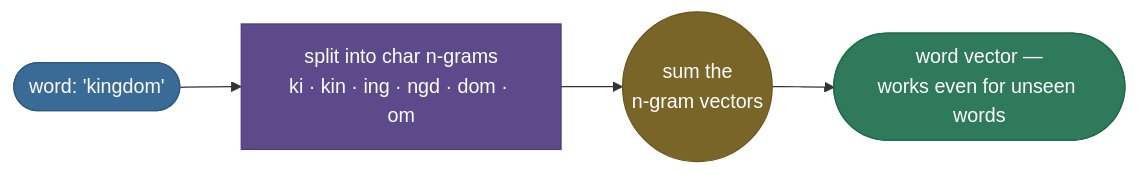
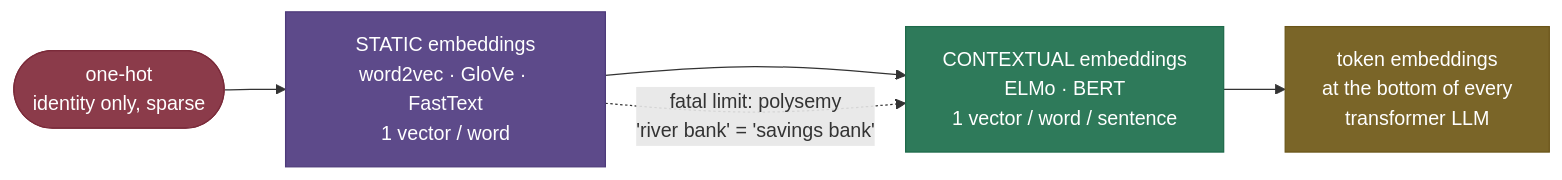
One commit to sudhir13s/AI-ML-learning-resources changed the second of 2 diagrams in 06. NLP/concepts/05-Word-Embeddings-Word2Vec-GloVe-FastText.md. Above: the diagram before and after it, drawn with Mermaid. The commit also changed other lines of this file and 6 other files, not shown here.

First line of the commit message:
feat(nlp): elevate Word Embeddings concept page to gold standard

````diff
--- a/06. NLP/concepts/05-Word-Embeddings-Word2Vec-GloVe-FastText.md
+++ b/06. NLP/concepts/05-Word-Embeddings-Word2Vec-GloVe-FastText.md
@@ -123,11 +312,12 @@
 ```mermaid
 graph LR
-    W(["word: 'kingdom'"]):::data --> NG["split into char n-grams<br/>ki · kin · ing · ngd · dom · om"]:::process
-    NG --> SUM(("sum the<br/>n-gram vectors")):::amber
-    SUM --> V(["word vector —<br/>works even for unseen words"]):::out
+    OH(["one-hot<br/>identity only, sparse"]):::danger --> STAT["STATIC embeddings<br/>word2vec · GloVe · FastText<br/>1 vector / word"]:::process
+    STAT --> CTX["CONTEXTUAL embeddings<br/>ELMo · BERT<br/>1 vector / word / sentence"]:::out
+    STAT -. "fatal limit: polysemy<br/>'river bank' = 'savings bank'" .-> CTX
+    CTX --> TOK["token embeddings<br/>at the bottom of every<br/>transformer LLM"]:::amber
 
-    classDef data fill:#3A6B96,stroke:#2A5B86,color:#fff
+    classDef danger fill:#8B3B4A,stroke:#7B2B3A,color:#fff
     classDef process fill:#5D4A8A,stroke:#4D3A7A,color:#fff
+    classDef out fill:#2E7A5A,stroke:#1E6A4A,color:#fff
     classDef amber fill:#7A6528,stroke:#6A5518,color:#fff
-    classDef out fill:#2E7A5A,stroke:#1E6A4A,color:#fff
 ```
````
